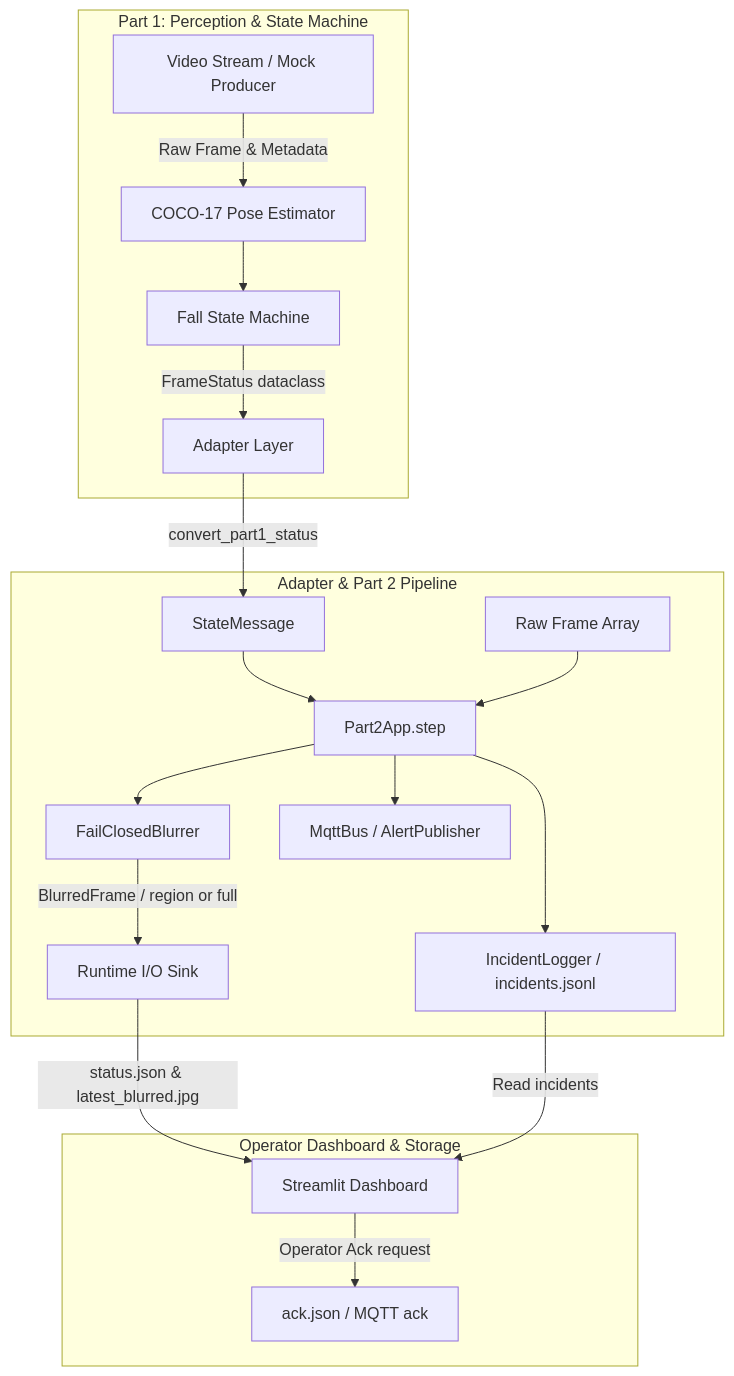
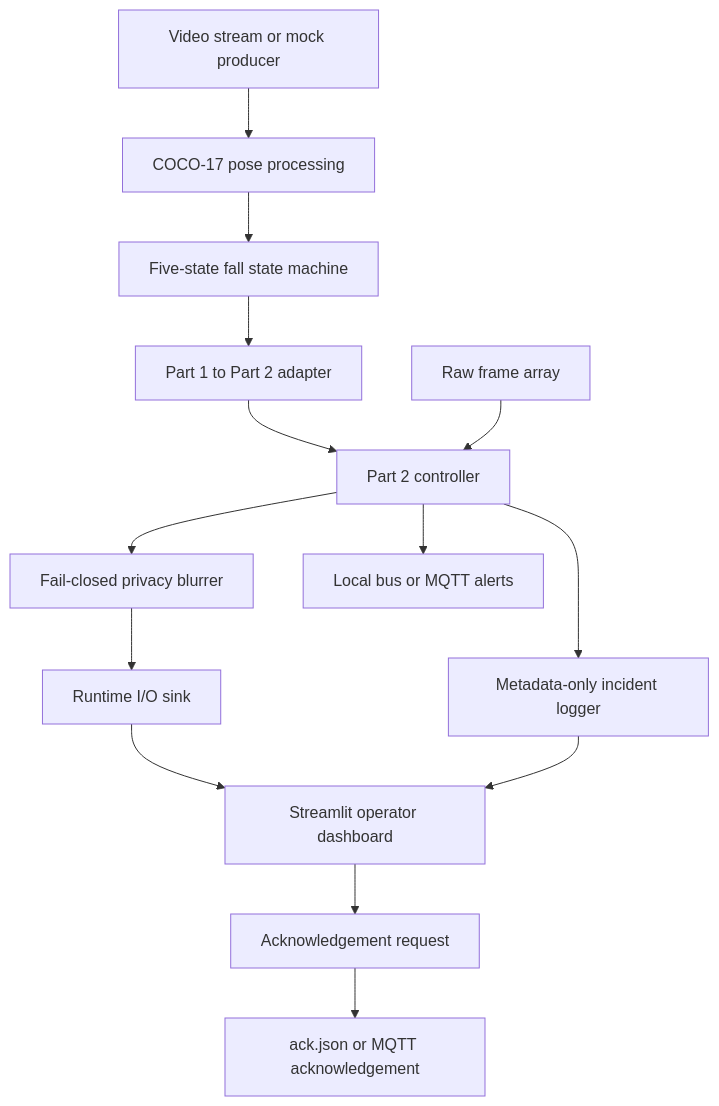
One commit to bhaikar/CraftifAIHackathon_CRA004 changed the diagram in README.md. Above: the diagram before and after it, drawn with Mermaid. The commit also changed other lines of this file, not shown here.

Commit message:
Update FallGuard AI README

````diff
--- a/README.md
+++ b/README.md
@@ -72,24 +120,16 @@
-```mermaid
-graph TD
-    subgraph Part 1: Perception & State Machine
-        Cam[Video Stream / Mock Producer] -->|Raw Frame & Metadata| Pose[COCO-17 Pose Estimator]
-        Pose --> FSM[Fall State Machine]
-        FSM -->|FrameStatus dataclass| Adapter[Adapter Layer]
-    end
-
-    subgraph Adapter & Part 2 Pipeline
-        Adapter -->|convert_part1_status| Msg[StateMessage]
-        Msg --> App[Part2App.step]
-        Raw[Raw Frame Array] --> App
-        App --> Blur[FailClosedBlurrer]
-        Blur -->|BlurredFrame / region or full| Sink[Runtime I/O Sink]
-        App --> Log[IncidentLogger / incidents.jsonl]
-        App --> MQTT[MqttBus / AlertPublisher]
-    end
-
-    subgraph Operator Dashboard & Storage
-        Sink -->|status.json & latest_blurred.jpg| Dash[Streamlit Dashboard]
-        Log -->|Read incidents| Dash
-        Dash -->|Operator Ack request| Ack[ack.json / MQTT ack]
-    end
+``` mermaid
+flowchart TD
+    A[Video stream or mock producer] --> B[COCO-17 pose processing]
+    B --> C[Five-state fall state machine]
+    C --> D[Part 1 to Part 2 adapter]
+    D --> E[Part 2 controller]
+    F[Raw frame array] --> E
+    E --> G[Fail-closed privacy blurrer]
+    G --> H[Runtime I/O sink]
+    E --> I[Metadata-only incident logger]
+    E --> J[Local bus or MQTT alerts]
+    H --> K[Streamlit operator dashboard]
+    I --> K
+    K --> L[Acknowledgement request]
+    L --> M[ack.json or MQTT acknowledgement]
 ```
````
